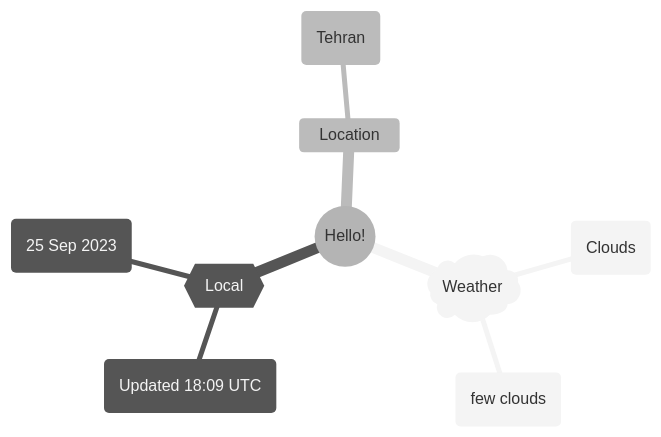
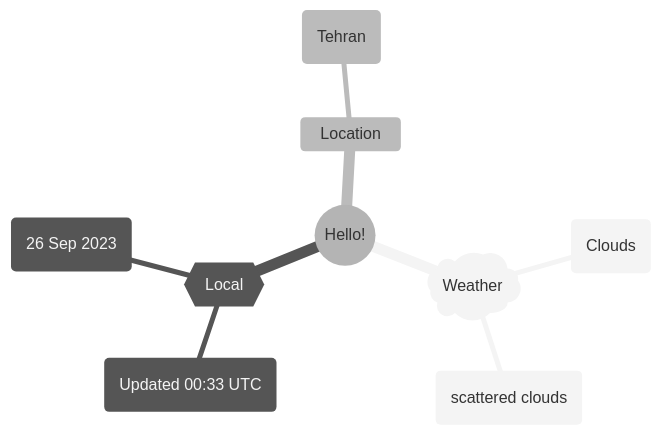
The first of 2 diagrams in README.md (Xosrov/Xosrov), drawn with Mermaid (neutral theme) before and after one commit.

Commit message:
[bot] updated images

````diff
--- a/README.md
+++ b/README.md
@@ -3,12 +3,12 @@
 ```mermaid
 mindmap
   root((Hello!))
     )Weather(
         (Clouds)
-        (few clouds)
+        (scattered clouds)
     {{Local}}
-        (Updated 18:09 UTC)
-        (25 Sep 2023)
+        (Updated 00:33 UTC)
+        (26 Sep 2023)
     Location
         (Tehran)
 ```
````
